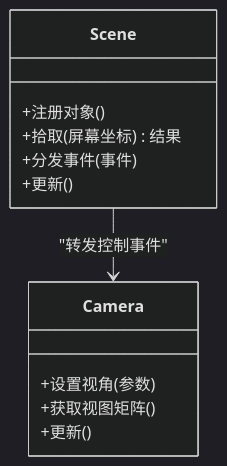
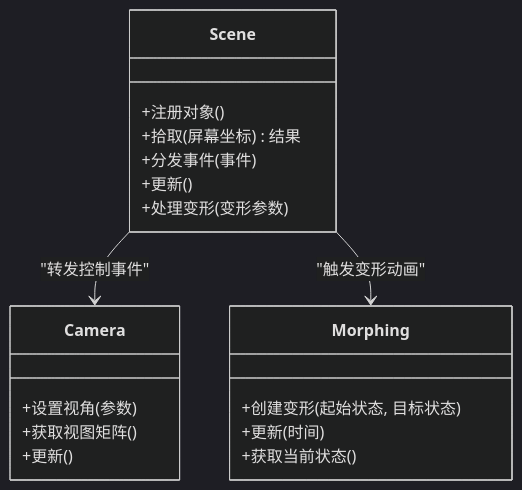
The fourth of 7 diagrams in .qoder/repowiki/zh/content/项目概述/核心特性/相机与交互控制/交互框架.md (rzhangjing/cesium), drawn with Mermaid (dark theme) before and after one commit. The commit also changed other lines of this file and 30 other files, not shown here.

````diff
--- a/.qoder/repowiki/zh/content/项目概述/核心特性/相机与交互控制/交互框架.md
+++ b/.qoder/repowiki/zh/content/项目概述/核心特性/相机与交互控制/交互框架.md
@@ -163,15 +204,22 @@
 ```mermaid
 classDiagram
 class Scene {
 +注册对象()
 +拾取(屏幕坐标) 结果
 +分发事件(事件)
 +更新()
++处理变形(变形参数)
 }
 class Camera {
 +设置视角(参数)
 +获取视图矩阵()
 +更新()
 }
+class Morphing {
++创建变形(起始状态, 目标状态)
++更新(时间)
++获取当前状态()
+}
 Scene --> Camera : "转发控制事件"
+Scene --> Morphing : "触发变形动画"
 ```
````
